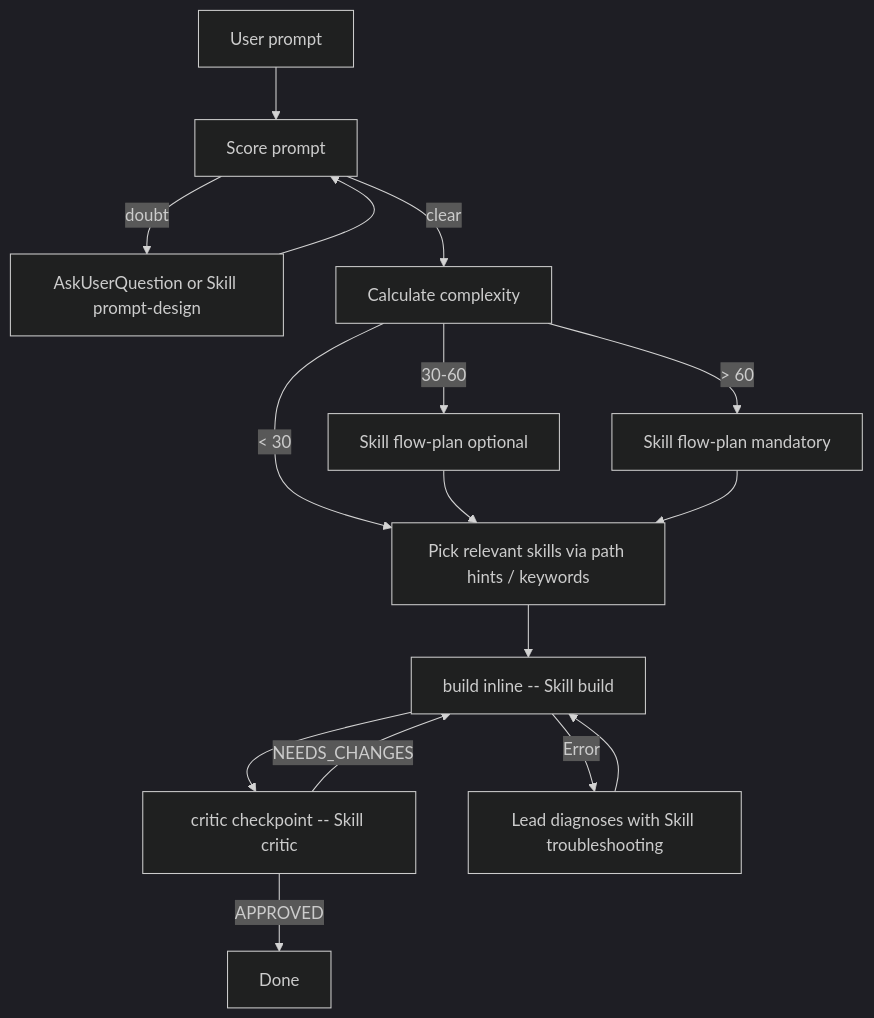
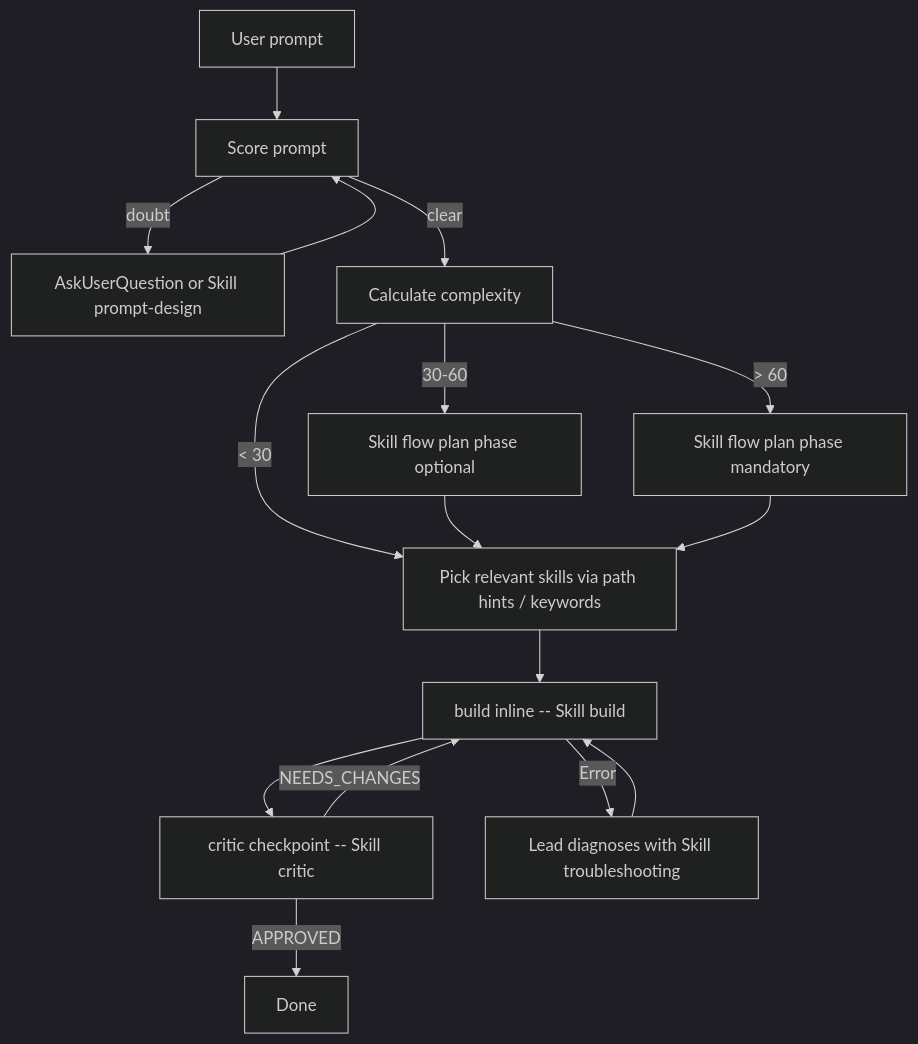
One commit to MaciWP/poneglyph changed the diagram in .claude/docs/system-inventory.md. Above: the diagram before and after it, drawn with Mermaid (dark theme). The commit also changed other lines of this file and 82 other files, not shown here.

First line of the commit message:
refactor!: merge the six flow phase skills into one `flow` skill

````diff
--- a/.claude/docs/system-inventory.md
+++ b/.claude/docs/system-inventory.md
@@ -69,17 +69,17 @@
 ```mermaid
 graph TD
     U[User prompt] --> S[Score prompt]
     S -->|doubt| AQ[AskUserQuestion or Skill prompt-design]
     AQ --> S
     S -->|clear| C[Calculate complexity]
     C -->|< 30| SK[Pick relevant skills via path hints / keywords]
-    C -->|30-60| P1[Skill flow-plan optional]
-    C -->|> 60| P2[Skill flow-plan mandatory]
+    C -->|30-60| P1[Skill flow plan phase optional]
+    C -->|> 60| P2[Skill flow plan phase mandatory]
     P1 & P2 --> SK
     SK --> B[build inline -- Skill build]
     B --> R[critic checkpoint -- Skill critic]
     R -->|APPROVED| D[Done]
     R -->|NEEDS_CHANGES| B
     B -->|Error| DG[Lead diagnoses with Skill troubleshooting]
     DG --> B
 ```
````
